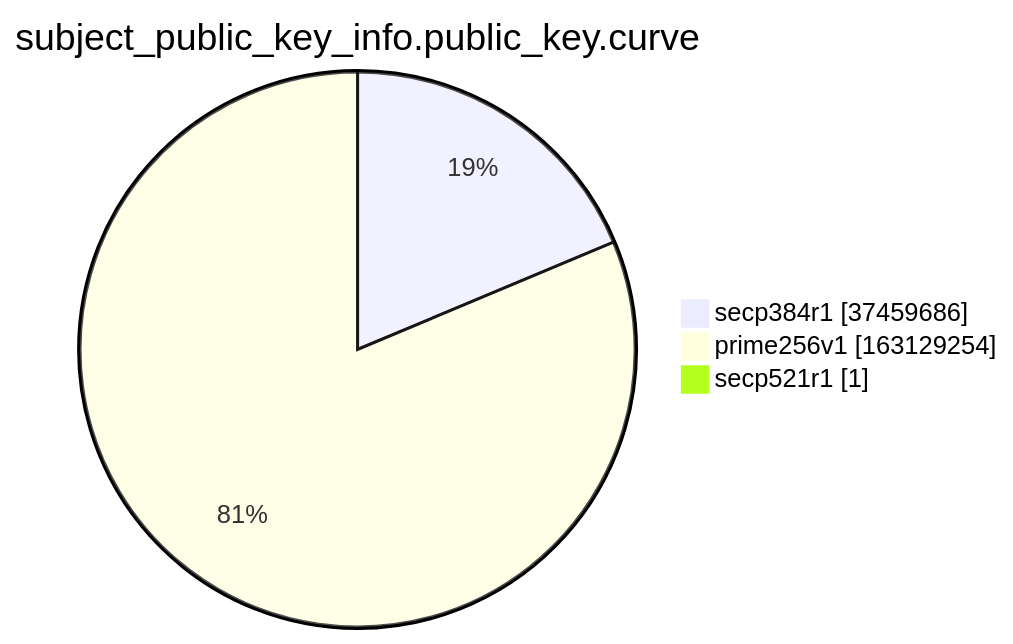
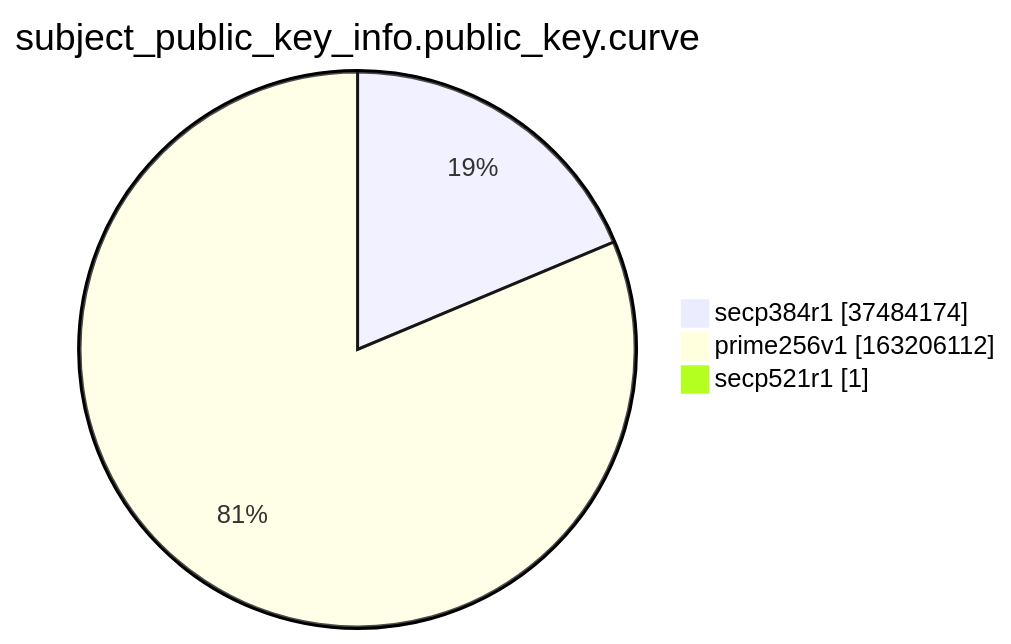
One commit to christiankrug/ctmonitor_visualization changed the ninth of 15 diagrams in argon2022/README.md. Above: the diagram before and after it, drawn with Mermaid. The commit also changed other lines of this file, not shown here.

````diff
--- a/argon2022/README.md
+++ b/argon2022/README.md
@@ -2766,7 +2766,7 @@
 ```mermaid
 pie showData
 title subject_public_key_info.public_key.curve
-"secp384r1" :37459686
-"prime256v1" :163129254
+"secp384r1" :37484174
+"prime256v1" :163206112
 "secp521r1" :1
 ```
````
